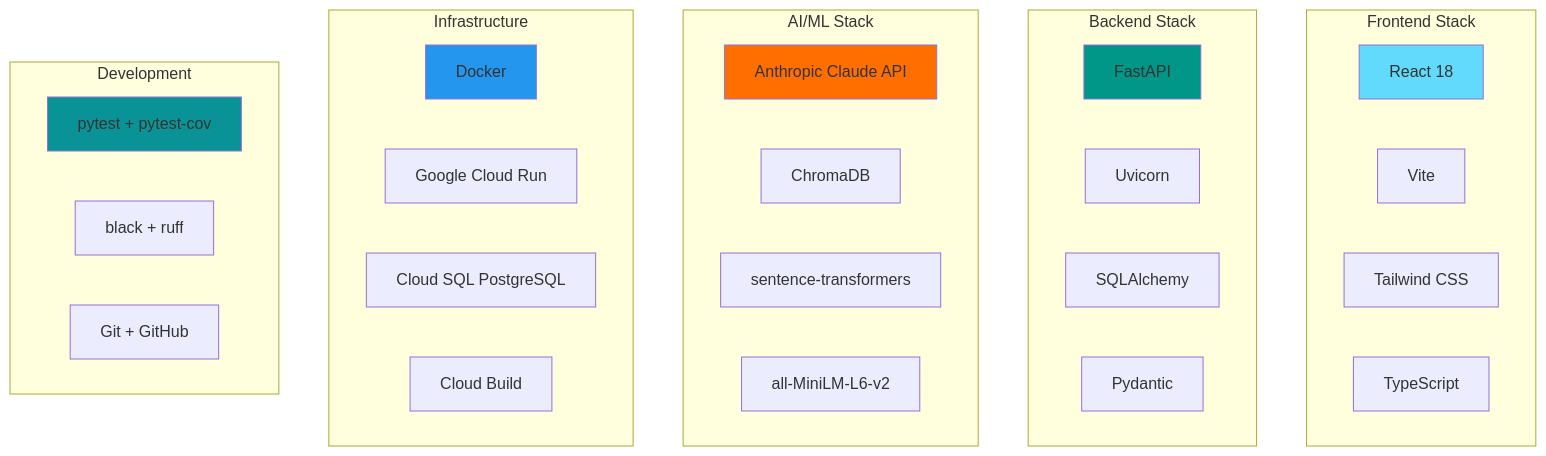
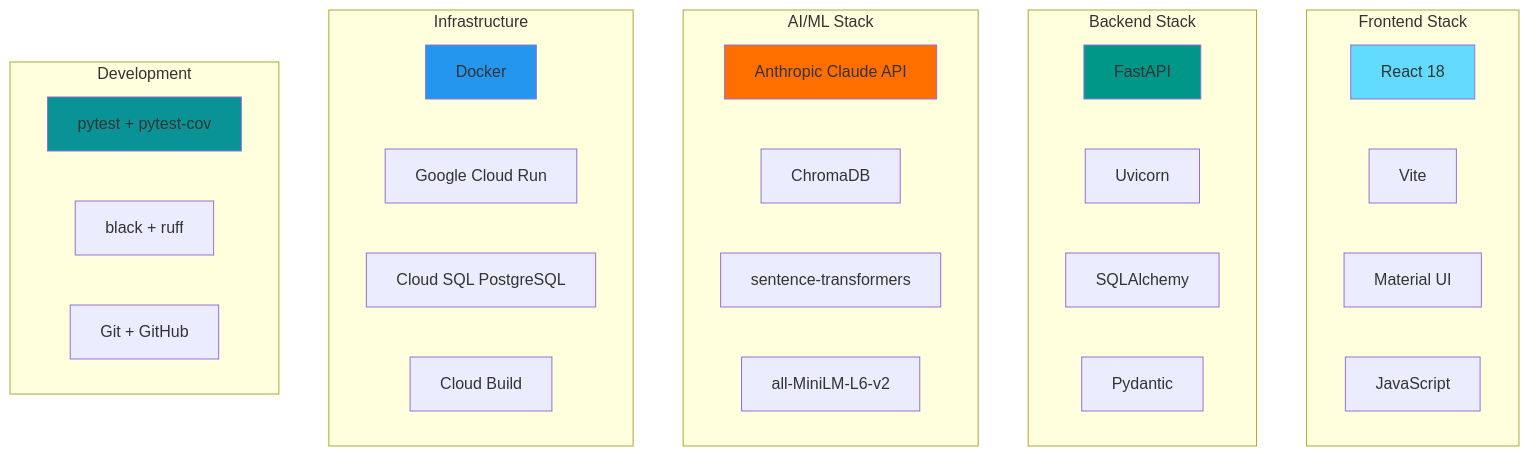
Diagram 14 of 14 in docs/architecture/diagrams.md (katebennu/mind-scout), drawn with Mermaid before and after one commit. The commit also changed other lines of this file and 1 other file, not shown here.

First line of the commit message:
docs: update architecture diagrams with RSS and notifications

````diff
--- a/docs/architecture/diagrams.md
+++ b/docs/architecture/diagrams.md
@@ -523,42 +547,42 @@
 ```mermaid
 graph TD
     subgraph "Frontend Stack"
         F1[React 18]
         F2[Vite]
-        F3[Tailwind CSS]
-        F4[TypeScript]
+        F3[Material UI]
+        F4[JavaScript]
     end
 
     subgraph "Backend Stack"
         B1[FastAPI]
         B2[Uvicorn]
         B3[SQLAlchemy]
         B4[Pydantic]
     end
 
     subgraph "AI/ML Stack"
         M1[Anthropic Claude API]
         M2[ChromaDB]
         M3[sentence-transformers]
         M4[all-MiniLM-L6-v2]
     end
 
     subgraph "Infrastructure"
         I1[Docker]
         I2[Google Cloud Run]
         I3[Cloud SQL PostgreSQL]
         I4[Cloud Build]
     end
 
     subgraph "Development"
         D1[pytest + pytest-cov]
         D2[black + ruff]
         D3[Git + GitHub]
     end
 
     style F1 fill:#61dafb
     style B1 fill:#009688
     style M1 fill:#ff6f00
     style I1 fill:#2496ed
     style D1 fill:#0a9396
 ```
````
